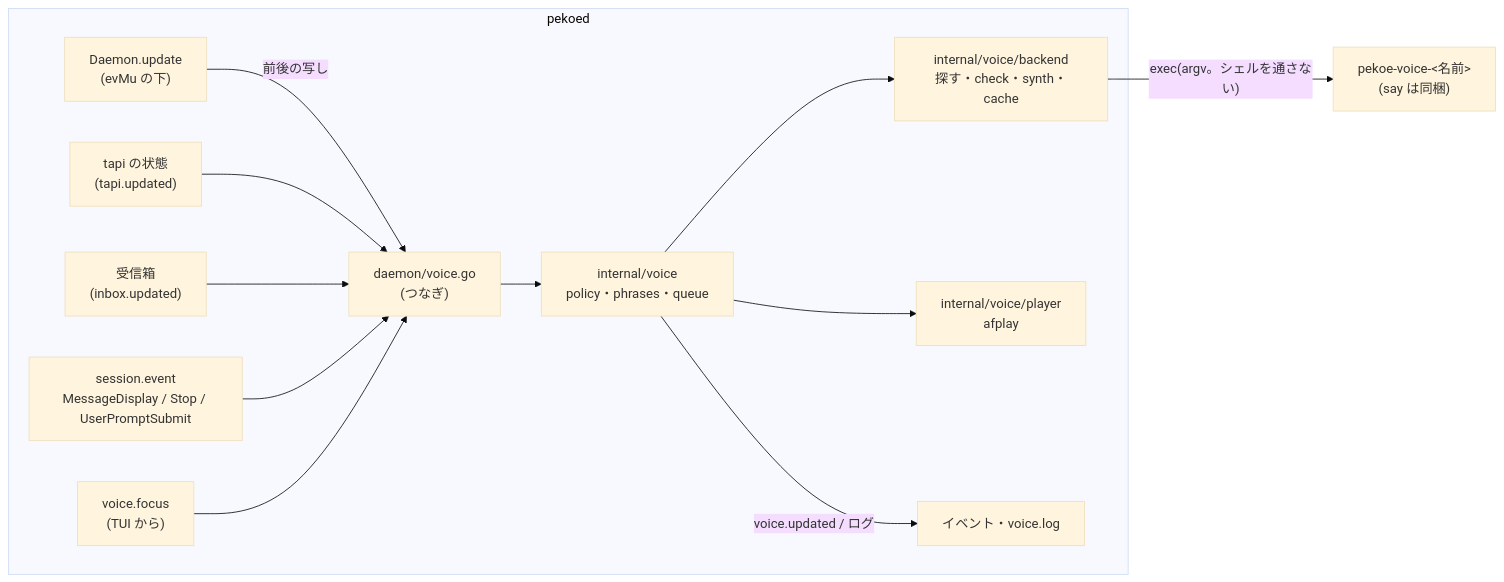
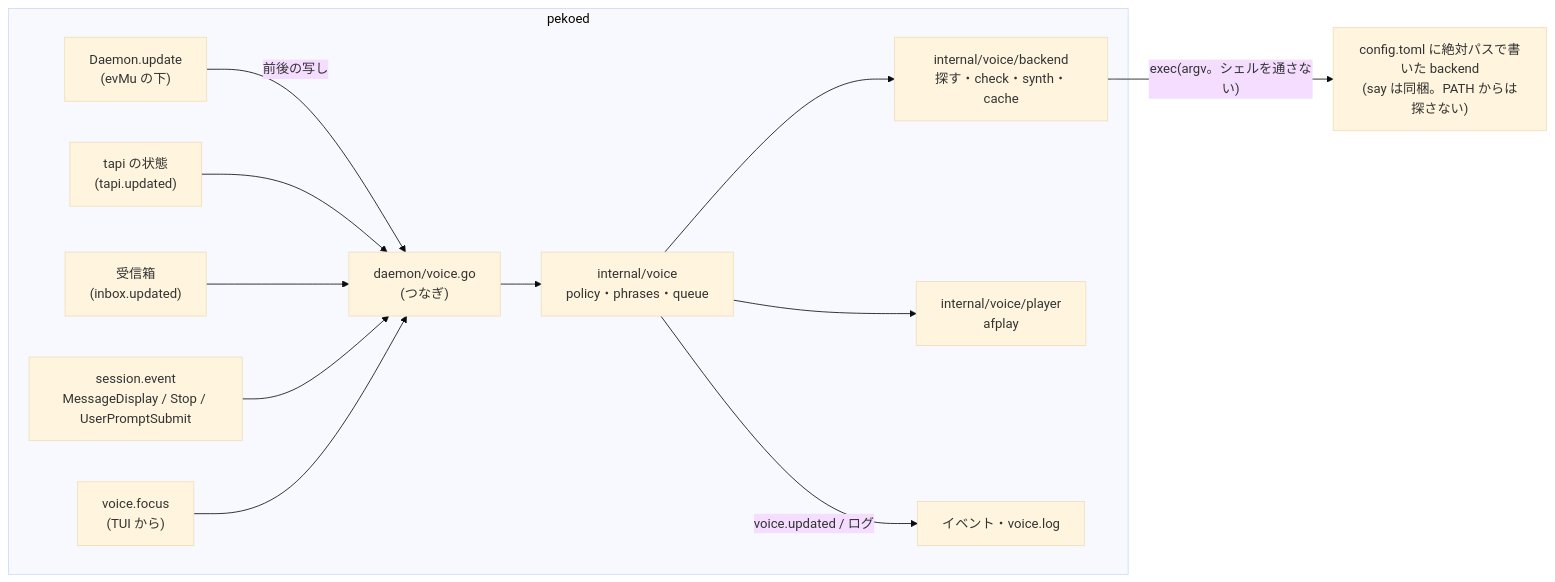
The diagram in docs/voice.md (sakamosu/pekoe), drawn with Mermaid (base theme) before and after one commit. The commit also changed other lines of this file and 1 other file, not shown here.

First line of the commit message:
docs(voice): 決定を反映し、backend を PATH から探さないようにする

````diff
--- a/docs/voice.md
+++ b/docs/voice.md
@@ -77,15 +77,15 @@
 ```mermaid
 flowchart LR
   subgraph pekoed
     upd["Daemon.update<br/>(evMu の下)"] -- "前後の写し" --> vd["daemon/voice.go<br/>(つなぎ)"]
     tapi["tapi の状態<br/>(tapi.updated)"] --> vd
     inbox["受信箱<br/>(inbox.updated)"] --> vd
     ev["session.event<br/>MessageDisplay / Stop / UserPromptSubmit"] --> vd
     focus["voice.focus<br/>(TUI から)"] --> vd
     vd --> core["internal/voice<br/>policy・phrases・queue"]
     core --> be["internal/voice/backend<br/>探す・check・synth・cache"]
     core --> pl["internal/voice/player<br/>afplay"]
     core -- "voice.updated / ログ" --> evout["イベント・voice.log"]
   end
-  be -- "exec(argv。シェルを通さない)" --> ext["pekoe-voice-&lt;名前&gt;<br/>(say は同梱)"]
+  be -- "exec(argv。シェルを通さない)" --> ext["config.toml に絶対パスで書いた backend<br/>(say は同梱。PATH からは探さない)"]
 ```
````
